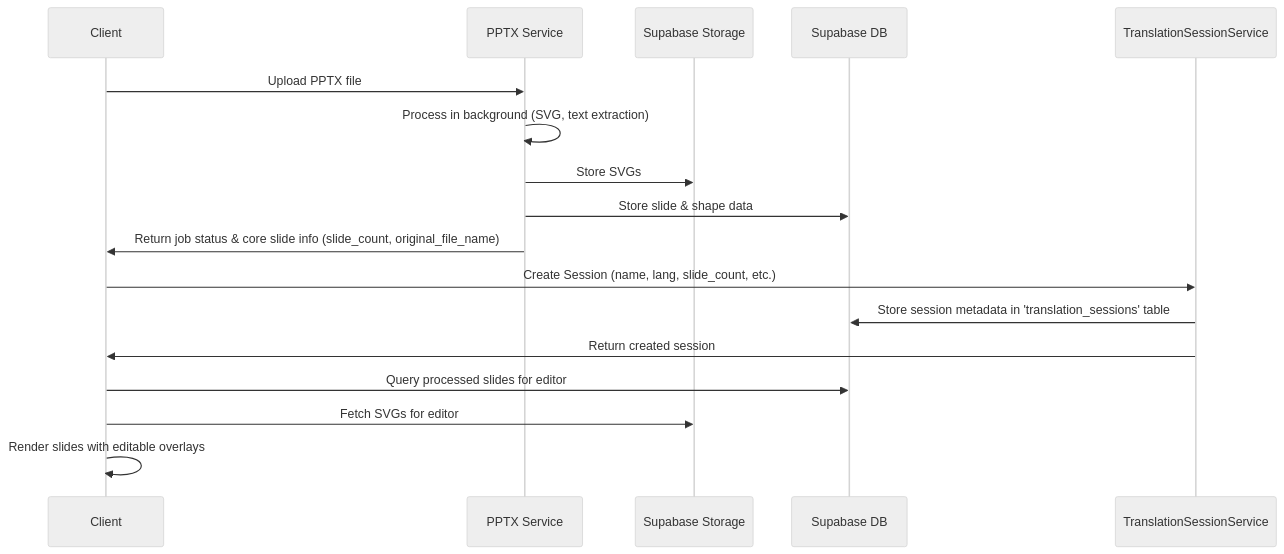
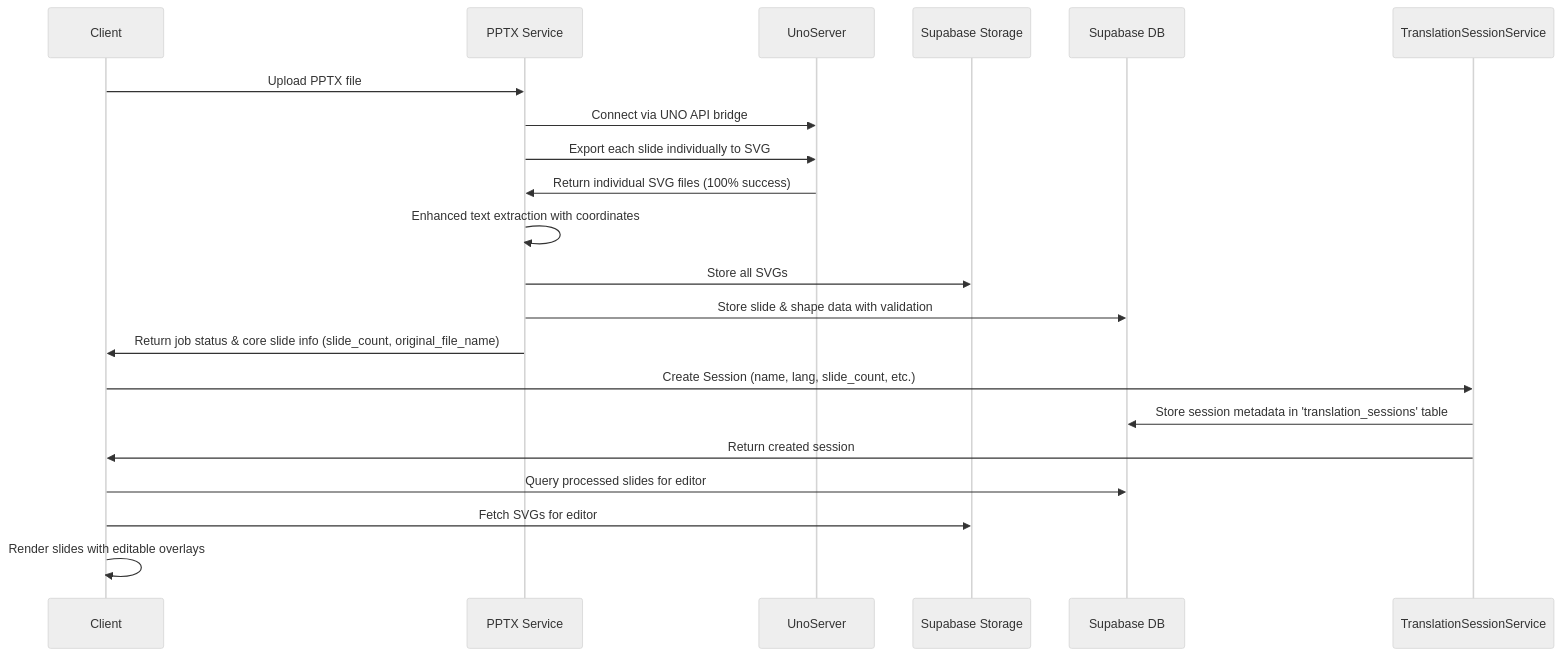
The second of 4 diagrams in memory-bank/systemPatterns.md (OmkarKirpan/pptxTrans), drawn with Mermaid (neutral theme) before and after one commit. The commit also changed other lines of this file and 18 other files, not shown here.

First line of the commit message:
Refactor PPTX Processor Service for improved code readability and consistency

````diff
--- a/memory-bank/systemPatterns.md
+++ b/memory-bank/systemPatterns.md
@@ -170,14 +172,17 @@
    ```mermaid
    sequenceDiagram
        Client->>PPTX Service: Upload PPTX file
-       PPTX Service->>PPTX Service: Process in background (SVG, text extraction)
-       PPTX Service->>Supabase Storage: Store SVGs
-       PPTX Service->>Supabase DB: Store slide & shape data
+       PPTX Service->>UnoServer: Connect via UNO API bridge
+       PPTX Service->>UnoServer: Export each slide individually to SVG
+       UnoServer->>PPTX Service: Return individual SVG files (100% success)
+       PPTX Service->>PPTX Service: Enhanced text extraction with coordinates
+       PPTX Service->>Supabase Storage: Store all SVGs
+       PPTX Service->>Supabase DB: Store slide & shape data with validation
        PPTX Service->>Client: Return job status & core slide info (slide_count, original_file_name)
        Client->>TranslationSessionService: Create Session (name, lang, slide_count, etc.)
        TranslationSessionService->>Supabase DB: Store session metadata in 'translation_sessions' table
        TranslationSessionService->>Client: Return created session
        Client->>Supabase DB: Query processed slides for editor
        Client->>Supabase Storage: Fetch SVGs for editor
        Client->>Client: Render slides with editable overlays
    ```
````
